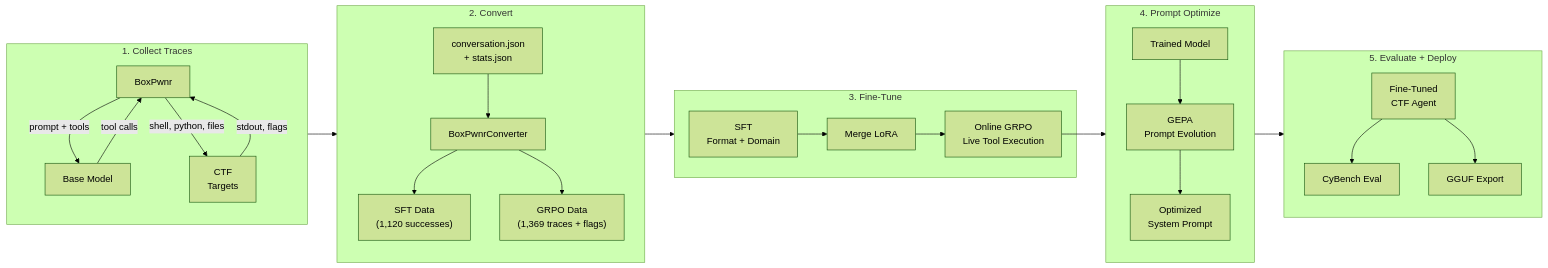
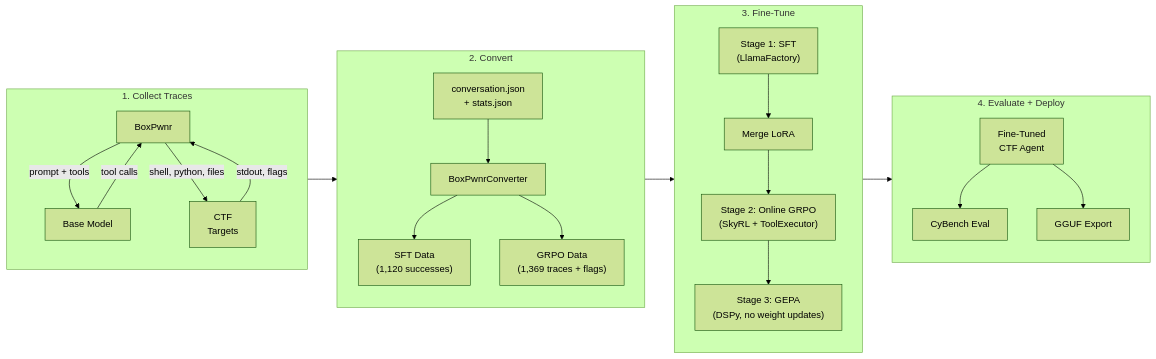
The diagram in README.md (westonbrown/open-ctf-env), drawn with Mermaid (forest theme) before and after one commit. The commit also changed other lines of this file and 2 other files, not shown here.

````diff
--- a/README.md
+++ b/README.md
@@ -18,33 +18,29 @@
 ```mermaid
 flowchart LR
     subgraph collect["1. Collect Traces"]
         scaffold["BoxPwnr"] -- "prompt + tools" --> llm["Base Model"]
         llm -- "tool calls" --> scaffold
         scaffold -- "shell, python, files" --> challenges["CTF\nTargets"]
         challenges -- "stdout, flags" --> scaffold
     end
 
     subgraph convert["2. Convert"]
         traces["conversation.json\n+ stats.json"] --> converter["BoxPwnrConverter"]
         converter --> sft_data["SFT Data\n(1,120 successes)"]
         converter --> grpo_data["GRPO Data\n(1,369 traces + flags)"]
     end
 
     subgraph train["3. Fine-Tune"]
-        sft["SFT\nFormat + Domain"] --> merge["Merge LoRA"]
-        merge --> grpo["Online GRPO\nLive Tool Execution"]
+        direction TB
+        sft["Stage 1: SFT\n(LlamaFactory)"] --> merge["Merge LoRA"]
+        merge --> grpo["Stage 2: Online GRPO\n(SkyRL + ToolExecutor)"]
+        grpo --> gepa["Stage 3: GEPA\n(DSPy, no weight updates)"]
     end
 
-    subgraph optimize["4. Prompt Optimize"]
-        grpo_out["Trained Model"] --> gepa["GEPA\nPrompt Evolution"]
-        gepa --> prompt["Optimized\nSystem Prompt"]
-    end
-
-    subgraph deploy["5. Evaluate + Deploy"]
+    subgraph deploy["4. Evaluate + Deploy"]
         eval_model["Fine-Tuned\nCTF Agent"] --> eval_bench["CyBench Eval"]
         eval_model --> export["GGUF Export"]
     end
 
-    collect --> convert --> train
-    grpo --> optimize --> deploy
+    collect --> convert --> train --> deploy
 ```
````
